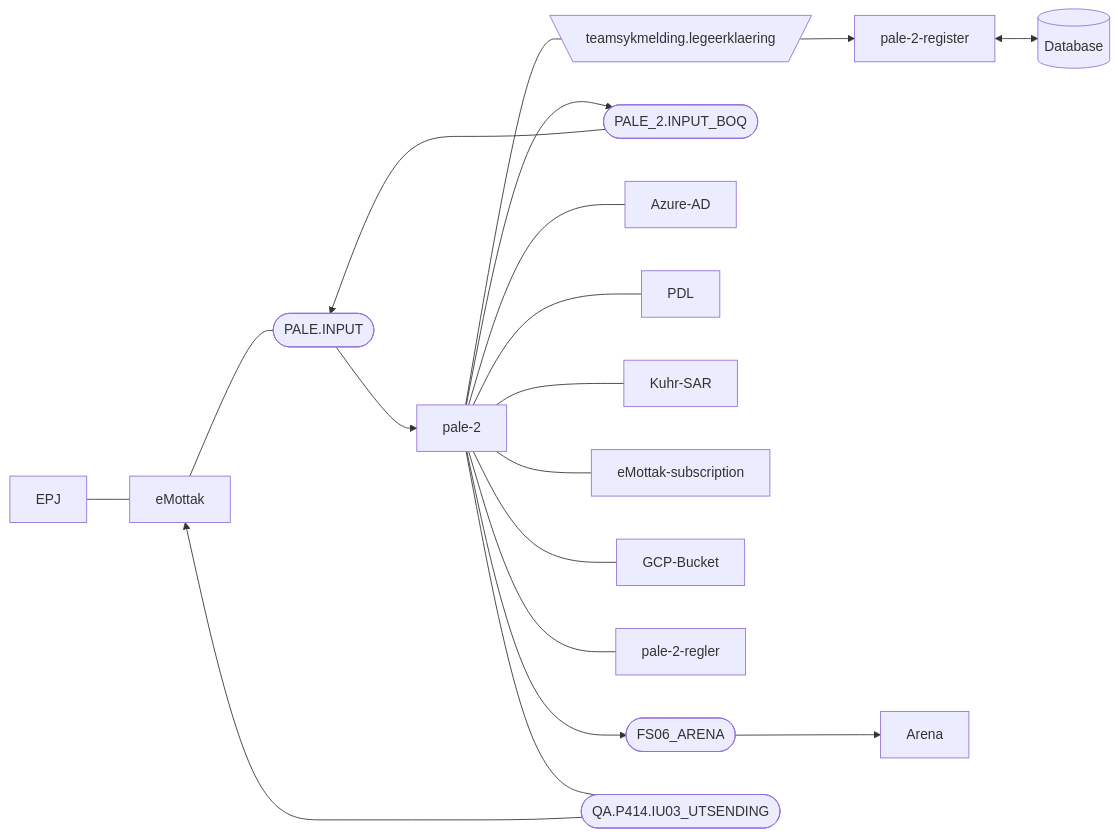
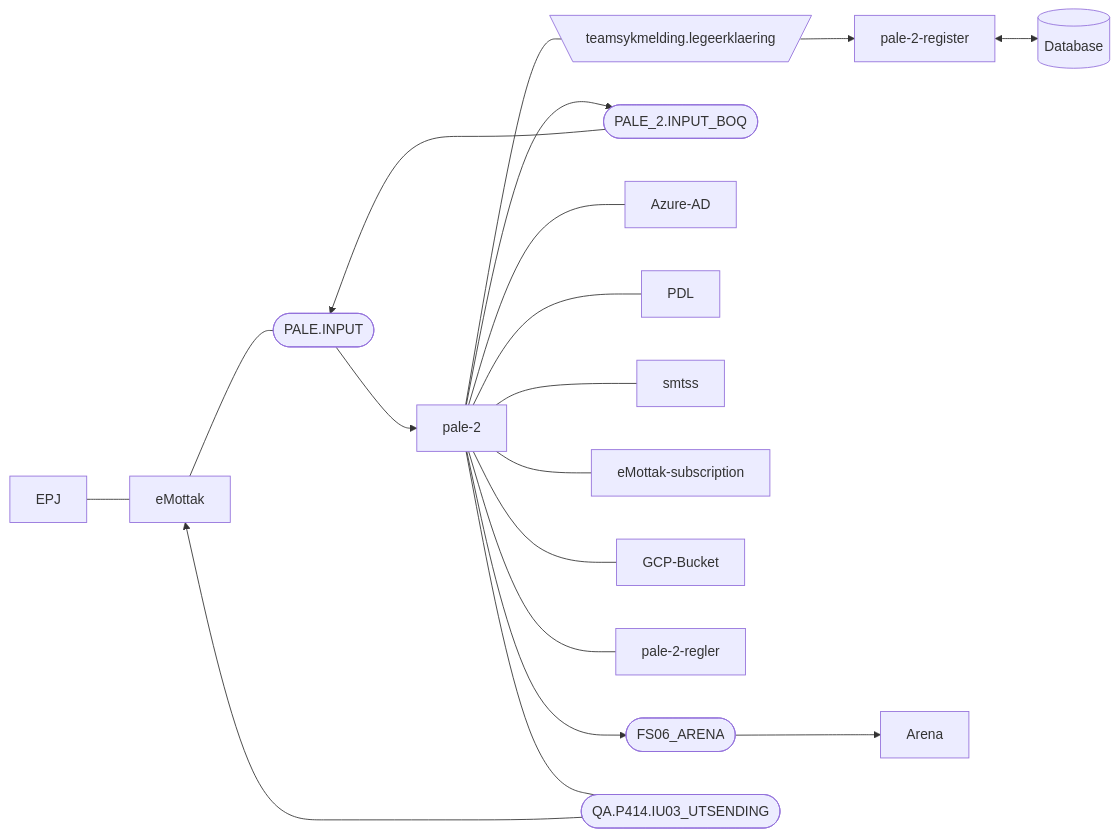
The diagram in README.md (navikt/pale-2), drawn with Mermaid before and after one commit. The commit also changed 10 other files, not shown here.

````diff
--- a/README.md
+++ b/README.md
@@ -9,21 +9,21 @@
 ```mermaid
   graph LR
       EPJ --- eMottak
       eMottak --- id2([PALE.INPUT])
       id2([PALE.INPUT]) --> pale-2
       A[\teamsykmelding.legeerklaering/] --> pale-2-register 
       pale-2-register <--> id1[(Database)];
       pale-2 --> id3([PALE_2.INPUT_BOQ])
       id3([PALE_2.INPUT_BOQ]) -->  id2([PALE.INPUT])
       pale-2 --- Azure-AD
       pale-2 --- PDL
-      pale-2 --- Kuhr-SAR
+      pale-2 --- smtss
       pale-2 --- eMottak-subscription
       pale-2 --- GCP-Bucket
       pale-2 --- pale-2-regler
       pale-2 --> id5([FS06_ARENA])
       id5([FS06_ARENA]) --> Arena
       pale-2 --- A[\teamsykmelding.legeerklaering/]
       pale-2 --- id6([QA.P414.IU03_UTSENDING])
       id6([QA.P414.IU03_UTSENDING]) --> eMottak;
 ```
````
